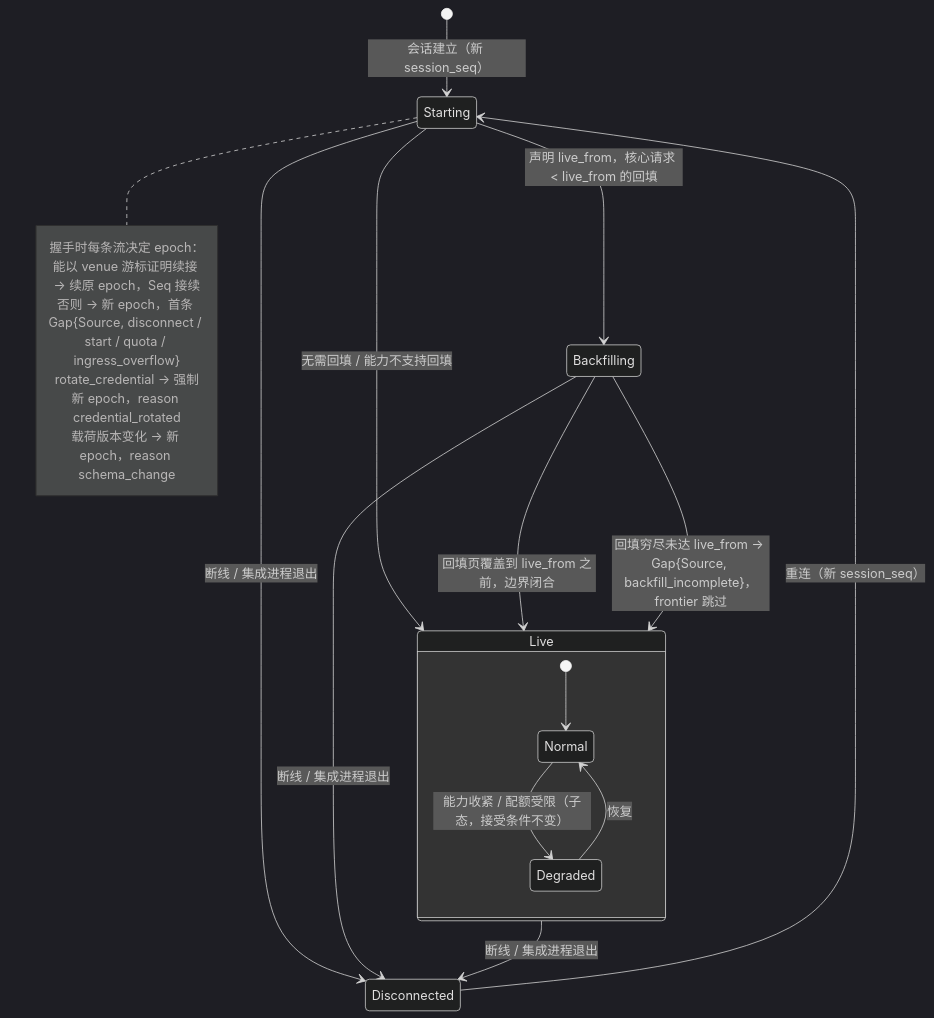
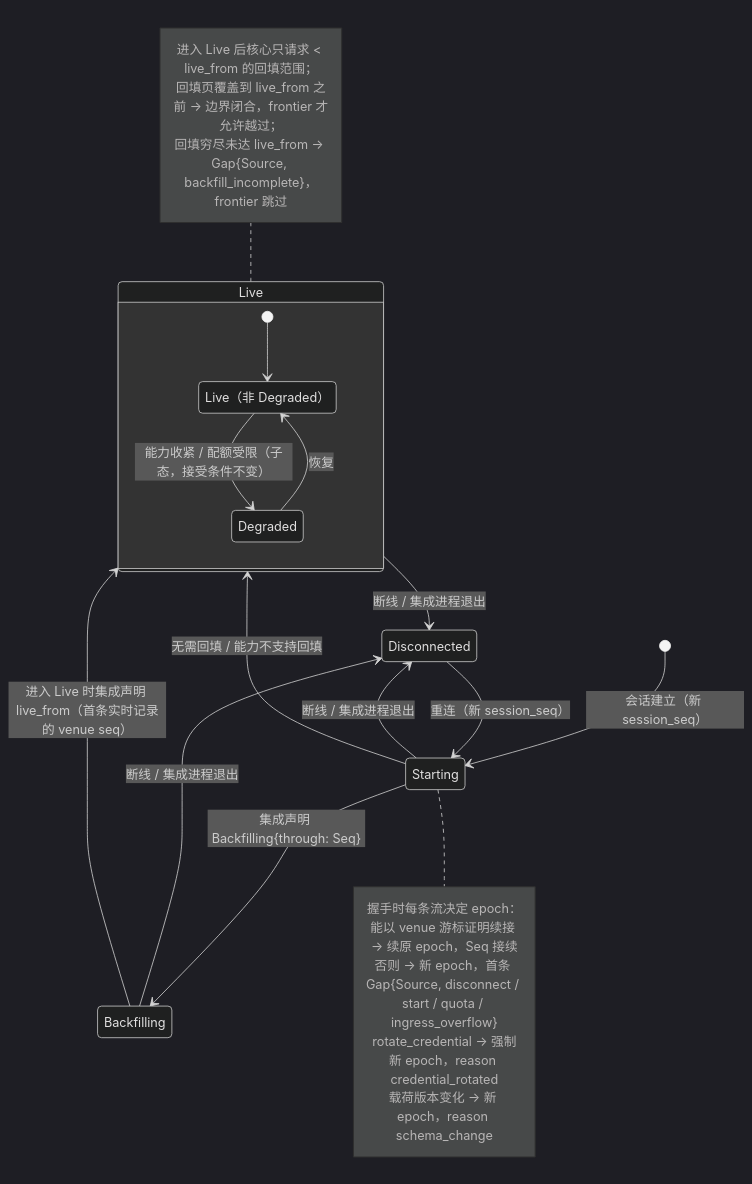
The second of 5 diagrams in design/diagrams/03-observation-ingest.md (mouriya-s-lab/uta), drawn with Mermaid (dark theme) before and after one commit. The commit also changed other lines of this file and 10 other files, not shown here.

````diff
--- a/design/diagrams/03-observation-ingest.md
+++ b/design/diagrams/03-observation-ingest.md
@@ -51,24 +51,29 @@
 ```mermaid
 stateDiagram-v2
+  state "Live（非 Degraded）" as LN
   [*] --> Starting : 会话建立（新 session_seq）
-  Starting --> Backfilling : 声明 live_from，核心请求 < live_from 的回填
+  Starting --> Backfilling : 集成声明 Backfilling{through: Seq}
   Starting --> Live : 无需回填 / 能力不支持回填
-  Backfilling --> Live : 回填页覆盖到 live_from 之前，边界闭合
-  Backfilling --> Live : 回填穷尽未达 live_from → Gap{Source, backfill_incomplete}，frontier 跳过
+  Backfilling --> Live : 进入 Live 时集成声明 live_from（首条实时记录的 venue seq）
   state Live {
-    [*] --> Normal
-    Normal --> Degraded : 能力收紧 / 配额受限（子态，接受条件不变）
-    Degraded --> Normal : 恢复
+    [*] --> LN
+    LN --> Degraded : 能力收紧 / 配额受限（子态，接受条件不变）
+    Degraded --> LN : 恢复
   }
+  note left of Live
+    进入 Live 后核心只请求 < live_from 的回填范围；
+    回填页覆盖到 live_from 之前 → 边界闭合，frontier 才允许越过；
+    回填穷尽未达 live_from → Gap{Source, backfill_incomplete}，frontier 跳过
+  end note
   Starting --> Disconnected : 断线 / 集成进程退出
   Backfilling --> Disconnected : 断线 / 集成进程退出
   Live --> Disconnected : 断线 / 集成进程退出
   Disconnected --> Starting : 重连（新 session_seq）
   note right of Starting
     握手时每条流决定 epoch：
     能以 venue 游标证明续接 → 续原 epoch，Seq 接续
     否则 → 新 epoch，首条 Gap{Source, disconnect / start / quota / ingress_overflow}
     rotate_credential → 强制新 epoch，reason credential_rotated
     载荷版本变化 → 新 epoch，reason schema_change
   end note
 ```
````
